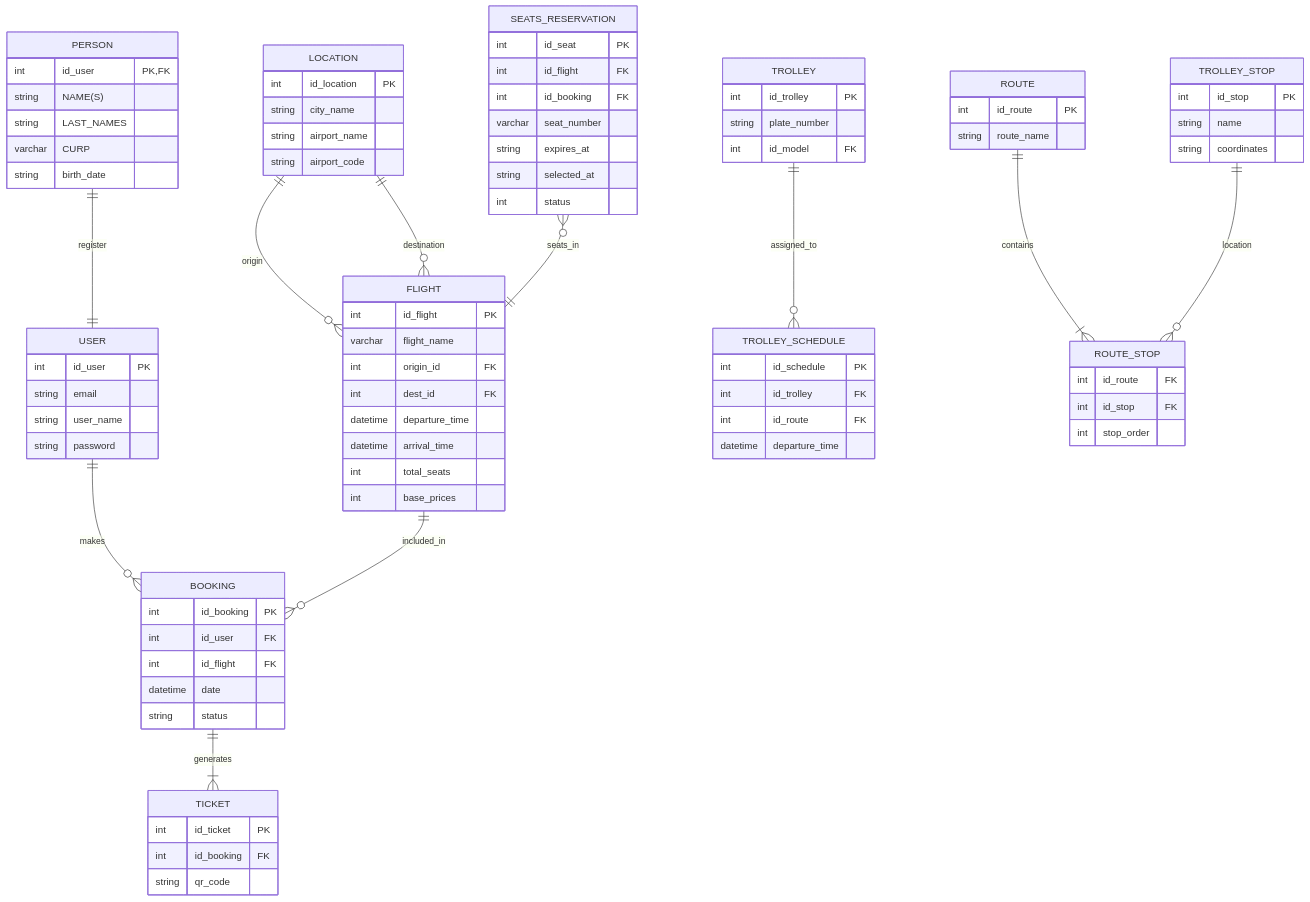
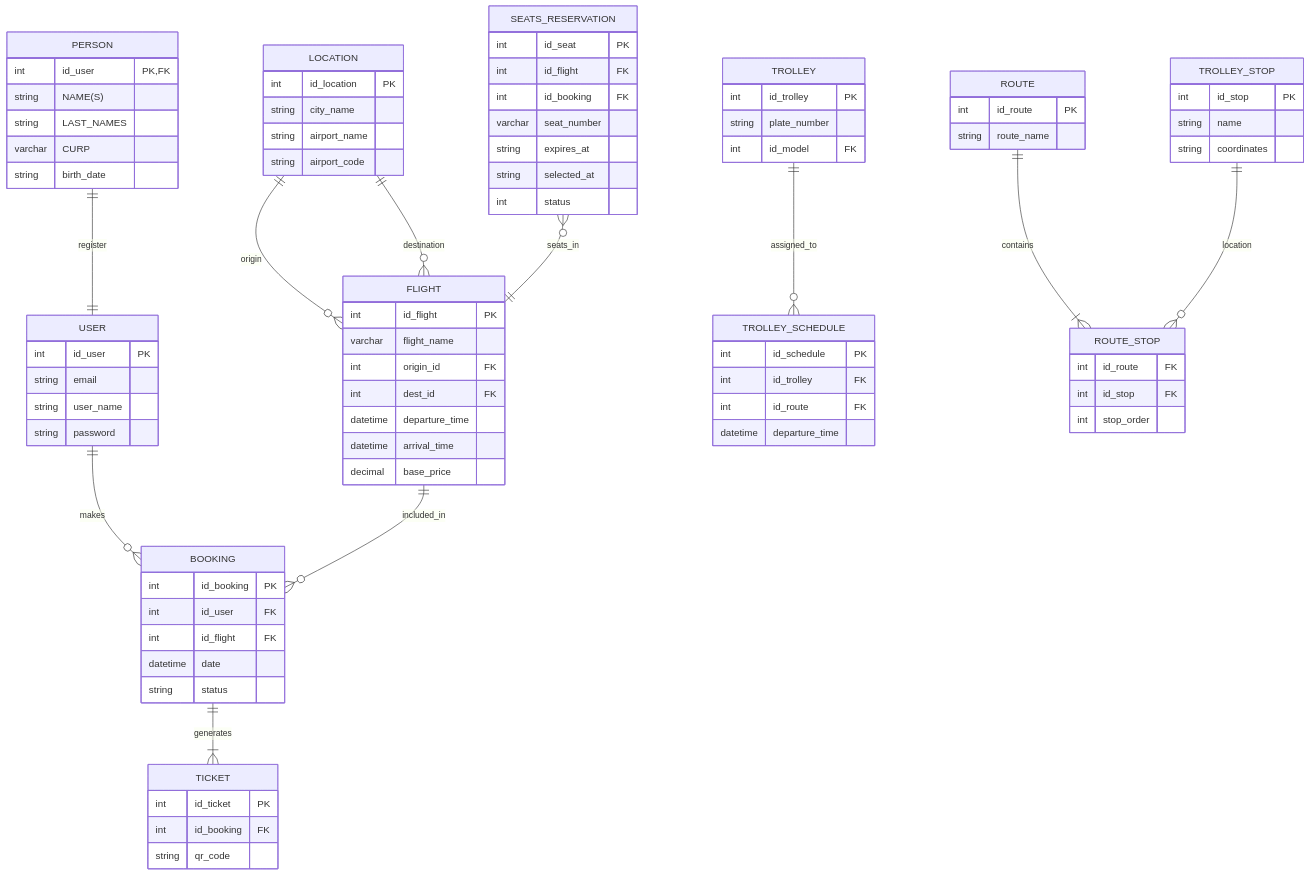
Before and after one commit to daniellopezcabrera/cbtis47-db-turismo-2026: the diagram in docs/normalization_report.mmd, drawn with Mermaid.

Commit message:
Update flight schema with decimal base_price
Changed total_seats and base_prices to base_price with decimal type.

```diff
--- a/docs/normalization_report.mmd
+++ b/docs/normalization_report.mmd
@@ -1,108 +1,107 @@
 erDiagram
     USER ||--o{ BOOKING : makes
 
 %% A user can have many reservations
 %% Many reservation are of the user
     USER {
         int id_user PK
         string email
         string user_name
         string password
     }
 %% One PERSON can have a one user
    PERSON ||--|| USER  : register
 
     PERSON{
         int id_user PK,FK
         string NAME(S)
         string LAST_NAMES
         varchar CURP
         string birth_date
             }
 
    LOCATION ||--o{ FLIGHT : origin
     LOCATION||--o{ FLIGHT : destination
 
     LOCATION {
         int id_location PK
         string  city_name
         string  airport_name
         string  airport_code
     }
     
     FLIGHT ||--o{ BOOKING : included_in
 %%int origin_id FK --> location.id_location -- departure place
  %%int origin_id FK --> location.id_location -- arrival place   
     FLIGHT {
         int id_flight PK
         varchar flight_name
         int origin_id FK
         int dest_id FK
      datetime departure_time
      datetime arrival_time
-     int total_seats
-     int base_prices
+     decimal base_price
     }
     
     SEATS_RESERVATION }o--||FLIGHT:seats_in
 %% satus (confirmed, pending, expired, cancelled)
 SEATS_RESERVATION{
      int id_seat PK
      int id_flight FK
      int id_booking FK
      varchar seat_number
      string expires_at
      string selected_at
      int status 
 }
     BOOKING ||--|{ TICKET : generates
 
     BOOKING {
         int id_booking PK
         int id_user FK
         int id_flight FK
         datetime date
         string status
     }
 
     TICKET {
         int id_ticket PK
         int id_booking FK
         string qr_code
     }
 
     TROLLEY ||--o{ TROLLEY_SCHEDULE : assigned_to
 
     TROLLEY {
         int id_trolley PK
         string plate_number
         int id_model FK
     }
 
     ROUTE ||--|{ ROUTE_STOP : contains
 
     ROUTE {
         int id_route PK
         string route_name
     }
 
     TROLLEY_STOP ||--o{ ROUTE_STOP : location
 
     TROLLEY_STOP {
         int id_stop PK
         string name
         string coordinates
     }
 
     ROUTE_STOP {
         int id_route FK
         int id_stop FK
         int stop_order
     }
 
     TROLLEY_SCHEDULE {
         int id_schedule PK
         int id_trolley FK
         int id_route FK
         datetime departure_time
     }
```
